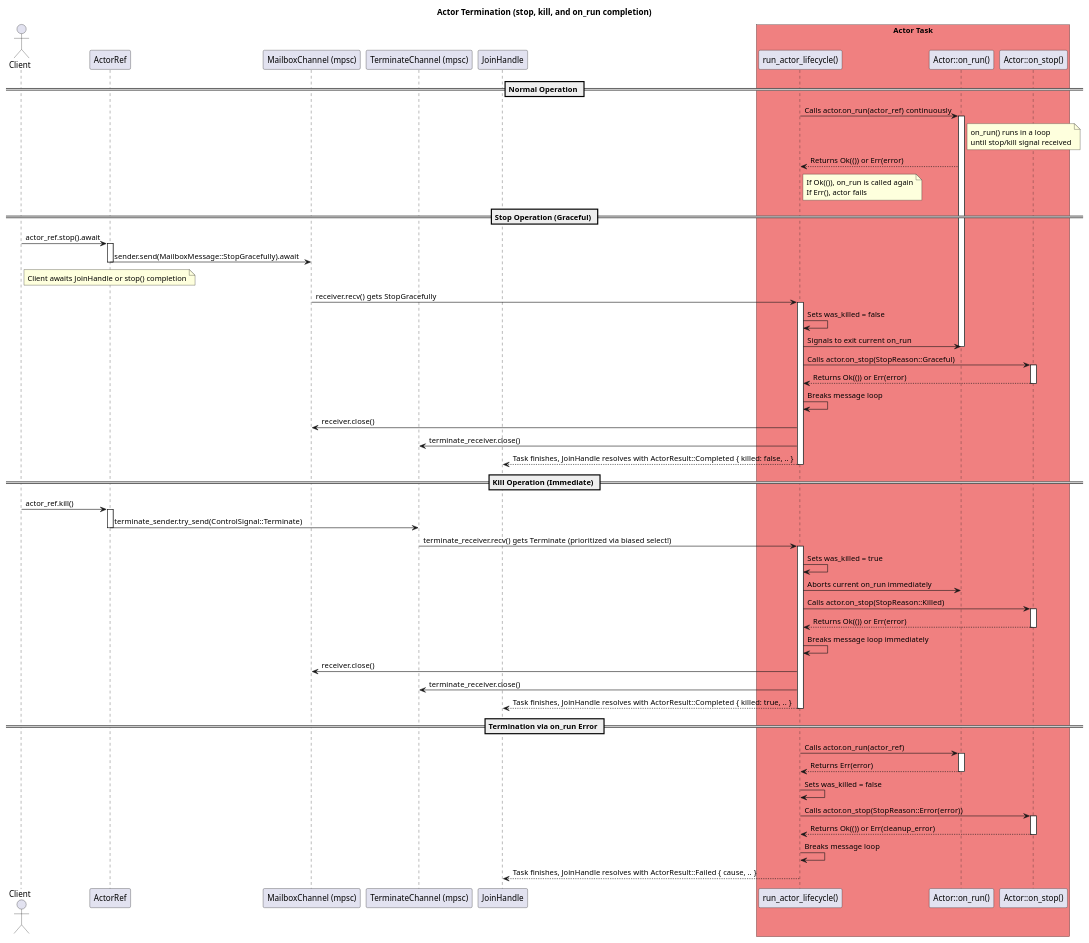
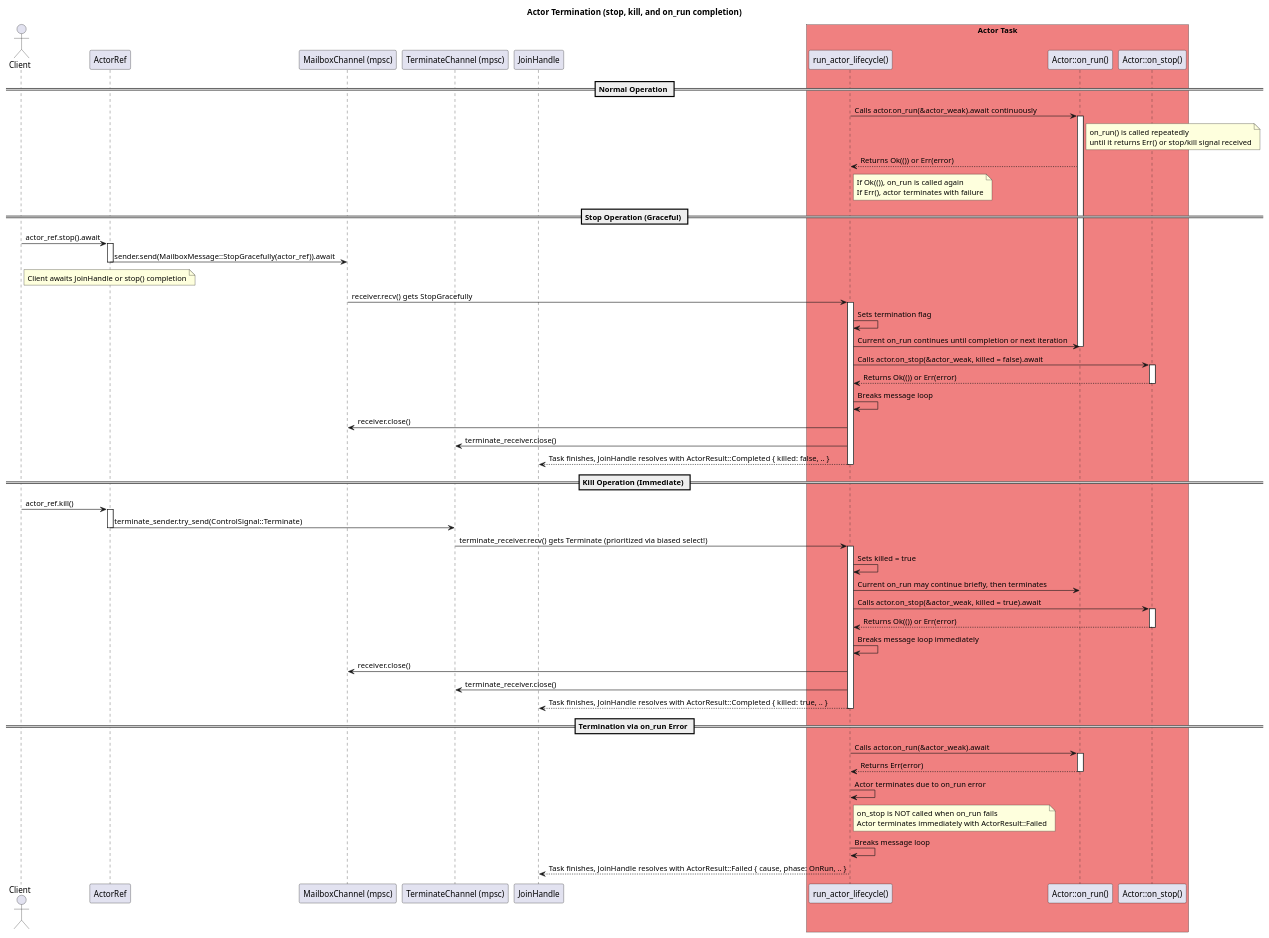
Before and after one commit to hiking90/rsactor: the diagram in docs/termination.puml, drawn with PlantUML. The commit also changed 30 other files, not shown here.

```diff
--- a/docs/termination.puml
+++ b/docs/termination.puml
@@ -1,83 +1,80 @@
 @startuml Actor Termination
 title Actor Termination (stop, kill, and on_run completion)
 
 actor Client
 participant "ActorRef" as ActorRef_obj
 participant "MailboxChannel (mpsc)" as MailboxChannel
 participant "TerminateChannel (mpsc)" as TerminateChannel
 participant "run_actor_lifecycle()" as Lifecycle
 participant "Actor::on_run()" as on_run_method
 participant "Actor::on_stop()" as on_stop_method
 participant "JoinHandle" as JoinHandle_obj
 
 box "Actor Task" #LightCoral
     participant Lifecycle
     participant on_run_method
     participant on_stop_method
 end box
 
 == Normal Operation ==
-Lifecycle -> on_run_method: Calls actor.on_run(actor_ref) continuously
+Lifecycle -> on_run_method: Calls actor.on_run(&actor_weak).await continuously
 activate on_run_method
-note right of on_run_method: on_run() runs in a loop\nuntil stop/kill signal received
+note right of on_run_method: on_run() is called repeatedly\nuntil it returns Err() or stop/kill signal received
 on_run_method --> Lifecycle: Returns Ok(()) or Err(error)
-note right of Lifecycle: If Ok(()), on_run is called again\nIf Err(), actor fails
+note right of Lifecycle: If Ok(()), on_run is called again\nIf Err(), actor terminates with failure
 
 == Stop Operation (Graceful) ==
 Client -> ActorRef_obj: actor_ref.stop().await
 activate ActorRef_obj
-ActorRef_obj -> MailboxChannel: sender.send(MailboxMessage::StopGracefully).await
+ActorRef_obj -> MailboxChannel: sender.send(MailboxMessage::StopGracefully(actor_ref)).await
 deactivate ActorRef_obj
 note right of Client: Client awaits JoinHandle or stop() completion
 
 MailboxChannel -> Lifecycle: receiver.recv() gets StopGracefully
 activate Lifecycle
-Lifecycle -> Lifecycle: Sets was_killed = false
-Lifecycle -> on_run_method: Signals to exit current on_run
+Lifecycle -> Lifecycle: Sets termination flag
+Lifecycle -> on_run_method: Current on_run continues until completion or next iteration
 deactivate on_run_method
-Lifecycle -> on_stop_method: Calls actor.on_stop(StopReason::Graceful)
+Lifecycle -> on_stop_method: Calls actor.on_stop(&actor_weak, killed = false).await
 activate on_stop_method
 on_stop_method --> Lifecycle: Returns Ok(()) or Err(error)
 deactivate on_stop_method
 Lifecycle -> Lifecycle: Breaks message loop
 Lifecycle -> MailboxChannel: receiver.close()
 Lifecycle -> TerminateChannel: terminate_receiver.close()
 Lifecycle --> JoinHandle_obj: Task finishes, JoinHandle resolves with ActorResult::Completed { killed: false, .. }
 deactivate Lifecycle
 
 == Kill Operation (Immediate) ==
 Client -> ActorRef_obj: actor_ref.kill()
 activate ActorRef_obj
 ActorRef_obj -> TerminateChannel: terminate_sender.try_send(ControlSignal::Terminate)
 deactivate ActorRef_obj
 
 TerminateChannel -> Lifecycle: terminate_receiver.recv() gets Terminate (prioritized via biased select!)
 activate Lifecycle
-Lifecycle -> Lifecycle: Sets was_killed = true
-Lifecycle -> on_run_method: Aborts current on_run immediately
+Lifecycle -> Lifecycle: Sets killed = true
+Lifecycle -> on_run_method: Current on_run may continue briefly, then terminates
 deactivate on_run_method
-Lifecycle -> on_stop_method: Calls actor.on_stop(StopReason::Killed)
+Lifecycle -> on_stop_method: Calls actor.on_stop(&actor_weak, killed = true).await
 activate on_stop_method
 on_stop_method --> Lifecycle: Returns Ok(()) or Err(error)
 deactivate on_stop_method
 Lifecycle -> Lifecycle: Breaks message loop immediately
 Lifecycle -> MailboxChannel: receiver.close()
 Lifecycle -> TerminateChannel: terminate_receiver.close()
 Lifecycle --> JoinHandle_obj: Task finishes, JoinHandle resolves with ActorResult::Completed { killed: true, .. }
 deactivate Lifecycle
 
 == Termination via on_run Error ==
-Lifecycle -> on_run_method: Calls actor.on_run(actor_ref)
+Lifecycle -> on_run_method: Calls actor.on_run(&actor_weak).await
 activate on_run_method
 on_run_method --> Lifecycle: Returns Err(error)
 deactivate on_run_method
-Lifecycle -> Lifecycle: Sets was_killed = false
-Lifecycle -> on_stop_method: Calls actor.on_stop(StopReason::Error(error))
-activate on_stop_method
-on_stop_method --> Lifecycle: Returns Ok(()) or Err(cleanup_error)
-deactivate on_stop_method
+Lifecycle -> Lifecycle: Actor terminates due to on_run error
+note right of Lifecycle: on_stop is NOT called when on_run fails\nActor terminates immediately with ActorResult::Failed
 Lifecycle -> Lifecycle: Breaks message loop
-Lifecycle --> JoinHandle_obj: Task finishes, JoinHandle resolves with ActorResult::Failed { cause, .. }
+Lifecycle --> JoinHandle_obj: Task finishes, JoinHandle resolves with ActorResult::Failed { cause, phase: OnRun, .. }
 deactivate Lifecycle
 
 @enduml
```
